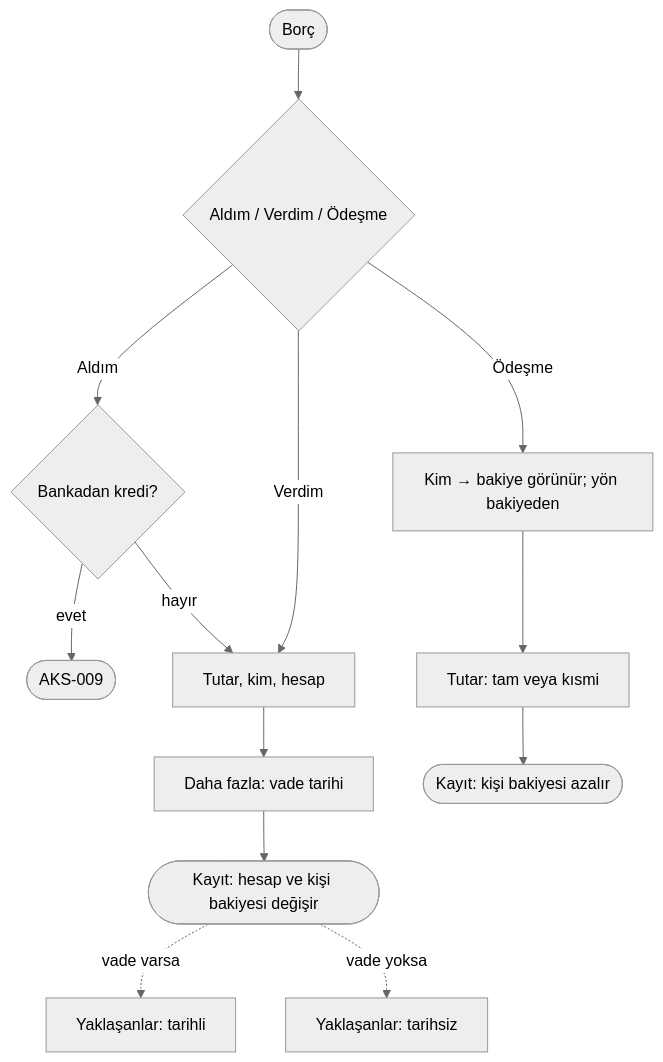
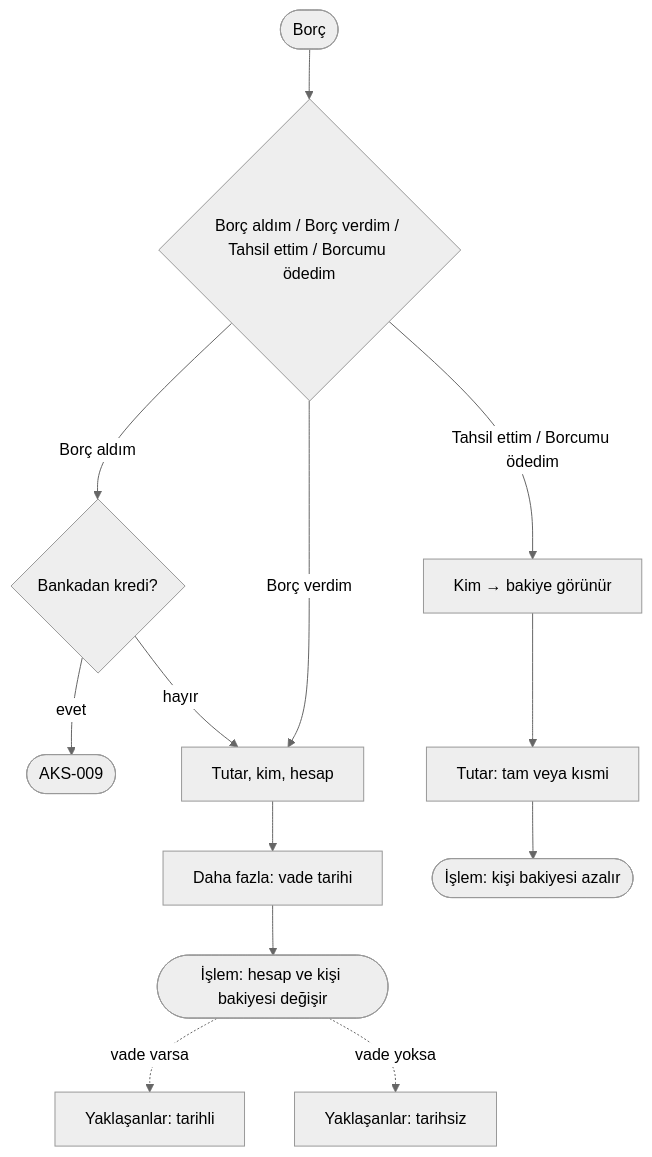
The diagram in docs/ux/akislar/AKS-005-borc.md (akderelianil/aa-finance), drawn with Mermaid (neutral theme) before and after one commit. The commit also changed other lines of this file and 18 other files, not shown here.

````diff
--- a/docs/ux/akislar/AKS-005-borc.md
+++ b/docs/ux/akislar/AKS-005-borc.md
@@ -23,15 +23,15 @@
 ```mermaid
 flowchart TD
-  A([Borç]) --> B{Aldım / Verdim / Ödeşme}
-  B -- Aldım --> L{Bankadan kredi?}
+  A([Borç]) --> B{Borç aldım / Borç verdim / Tahsil ettim / Borcumu ödedim}
+  B -- Borç aldım --> L{Bankadan kredi?}
   L -- evet --> K([AKS-009])
   L -- hayır --> C[Tutar, kim, hesap]
-  B -- Verdim --> C
-  B -- Ödeşme --> P[Kim → bakiye görünür; yön bakiyeden]
+  B -- Borç verdim --> C
+  B -- Tahsil ettim / Borcumu ödedim --> P[Kim → bakiye görünür]
   P --> Q[Tutar: tam veya kısmi]
   C --> V[Daha fazla: vade tarihi]
-  V --> G([Kayıt: hesap ve kişi bakiyesi değişir])
-  Q --> R([Kayıt: kişi bakiyesi azalır])
+  V --> G([İşlem: hesap ve kişi bakiyesi değişir])
+  Q --> R([İşlem: kişi bakiyesi azalır])
   G -. vade varsa .-> Y[Yaklaşanlar: tarihli]
   G -. vade yoksa .-> Y2[Yaklaşanlar: tarihsiz]
 ```
````
